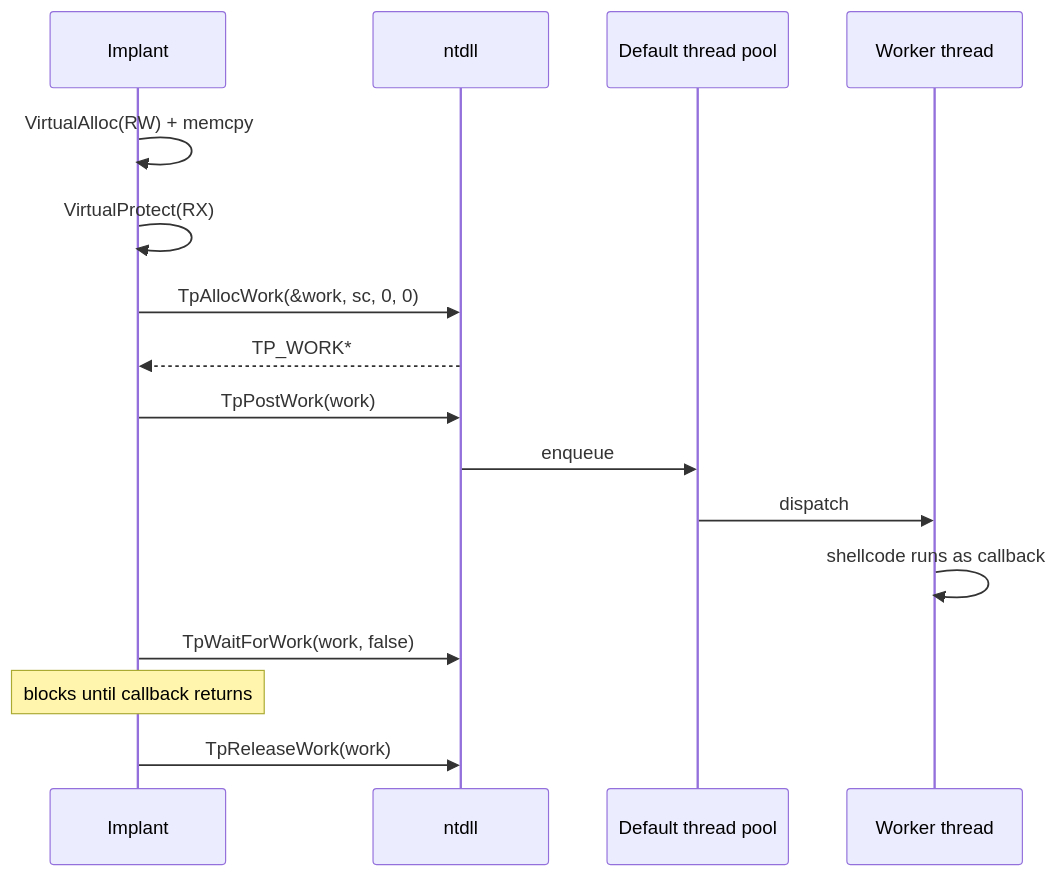
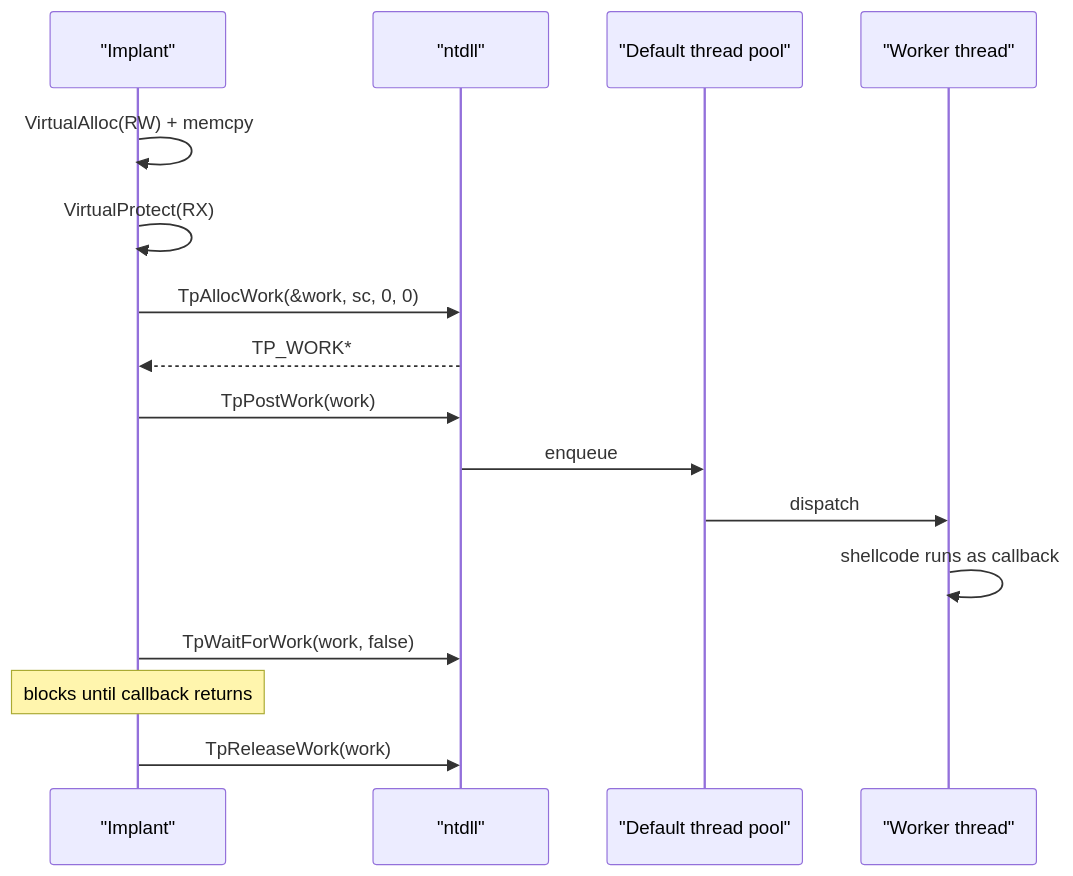
Before and after one commit to oioio-space/maldev: the diagram in docs/techniques/injection/thread-pool.md, drawn with Mermaid. The commit also changed 52 other files, not shown here.

First line of the commit message:
fix(docs): quote multi-word Mermaid participant aliases — 11.2.0 strict-mode sweep

````diff
--- a/docs/techniques/injection/thread-pool.md
+++ b/docs/techniques/injection/thread-pool.md
@@ -38,19 +38,19 @@
 ```mermaid
 sequenceDiagram
-    participant Impl as Implant
-    participant Nt as ntdll
-    participant Pool as Default thread pool
-    participant W as Worker thread
+    participant Impl as "Implant"
+    participant Nt as "ntdll"
+    participant Pool as "Default thread pool"
+    participant W as "Worker thread"
 
     Impl->>Impl: VirtualAlloc(RW) + memcpy
     Impl->>Impl: VirtualProtect(RX)
     Impl->>Nt: TpAllocWork(&work, sc, 0, 0)
     Nt-->>Impl: TP_WORK*
     Impl->>Nt: TpPostWork(work)
     Nt->>Pool: enqueue
     Pool->>W: dispatch
     W->>W: shellcode runs as callback
     Impl->>Nt: TpWaitForWork(work, false)
     Note over Impl: blocks until callback returns
     Impl->>Nt: TpReleaseWork(work)
 ```
````
